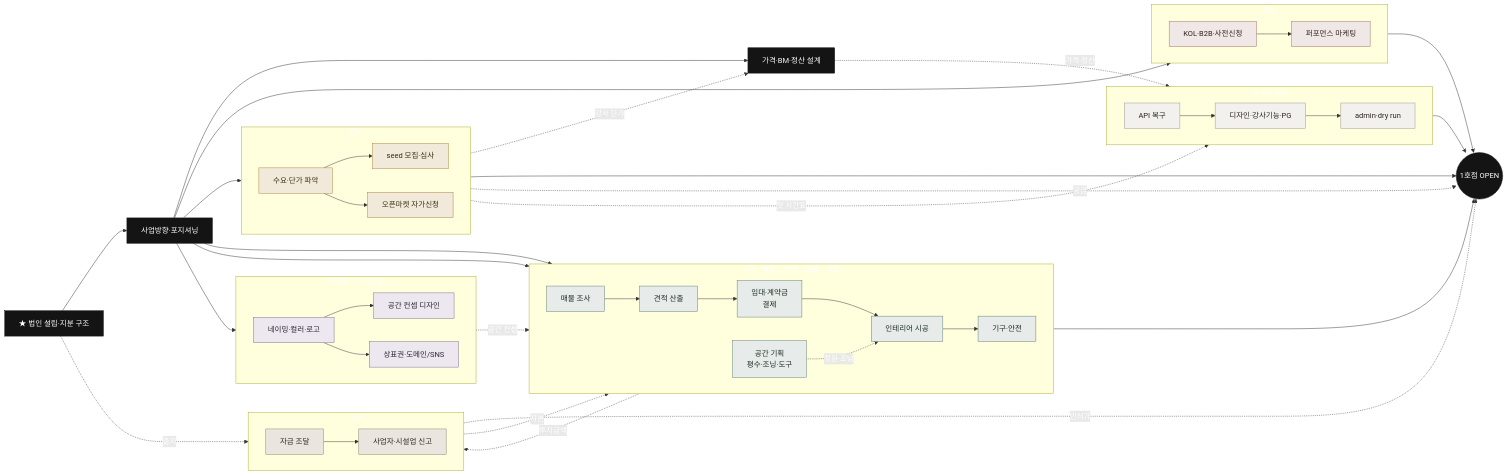
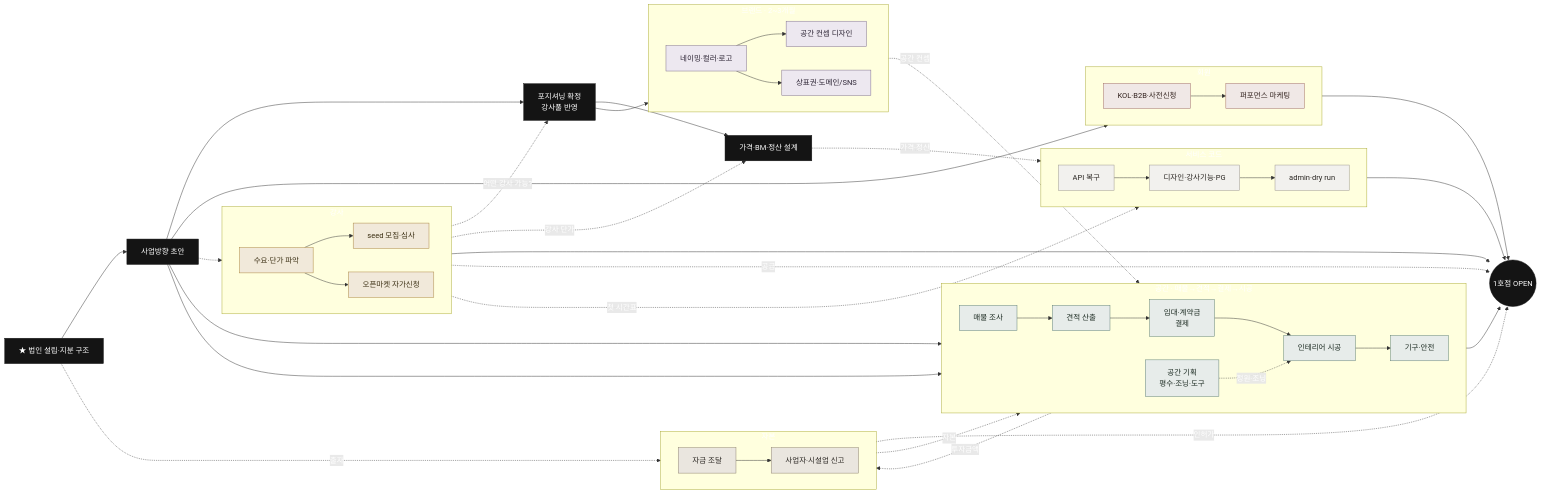
One commit to Young-000/pt-platform-docs changed the second of 2 diagrams in operations/tech-tree.md. Above: the diagram before and after it, drawn with Mermaid. The commit also changed other lines of this file, not shown here.

Commit message:
docs(tech-tree): 강사 가용성·유형 파악 → 포지셔닝 확정 의존성 반영 (강사풀이 컨셉·가격 좌우)

````diff
--- a/operations/tech-tree.md
+++ b/operations/tech-tree.md
@@ -71,69 +72,72 @@
 ```mermaid
 flowchart LR
   classDef root fill:#141414,stroke:#141414,color:#fff;
   classDef br fill:#EDE8F0,stroke:#7c6c8a,color:#2b2333;
   classDef sp fill:#E7ECEA,stroke:#5d7d72,color:#1c2b22;
   classDef mt fill:#F1E9DA,stroke:#a9823c,color:#3a2e12;
   classDef us fill:#F0E8E6,stroke:#a06c62,color:#33231f;
   classDef sv fill:#F2F1EE,stroke:#9a958c,color:#2b2723;
   classDef cap fill:#EAE6DF,stroke:#8a7f6c,color:#2b2723;
   classDef goal fill:#141414,stroke:#141414,color:#fff;
 
   C0[★ 법인 설립·지분 구조]:::root
-  D0[사업방향·포지셔닝]:::root
+  D0[사업방향 초안]:::root
+  POS[포지셔닝 확정<br/>강사풀 반영]:::root
   D1[가격·BM·정산 설계]:::root
 
   subgraph BR[브랜드 · 2~3개월]
     direction LR
     B1[네이밍·컬러·로고]:::br --> B2[공간 컨셉 디자인]:::br
     B1 --> B3[상표권·도메인/SNS]:::br
   end
   subgraph SPC[공간 · 매물→견적→결제→시공]
     direction LR
     G1[공간 기획<br/>평수·조닝·도구]:::sp
     R1[매물 조사]:::sp --> R2[견적 산출]:::sp --> S1[임대·계약금<br/>결제]:::sp --> S2[인테리어 시공]:::sp --> S3[기구·안전]:::sp
   end
   subgraph MTR[강사]
     direction LR
     M1[수요·단가 파악]:::mt --> M2[seed 모집·심사]:::mt
     M1 --> M4[오픈마켓 자가신청]:::mt
   end
   subgraph CAP[자본]
     direction LR
     A1[자금 조달]:::cap --> A2[사업자·시설업 신고]:::cap
   end
   subgraph USR[회원]
     direction LR
     U1[KOL·B2B·사전신청]:::us --> U2[퍼포먼스 마케팅]:::us
   end
   subgraph SVC[서비스 코드]
     direction LR
     P1[API 복구]:::sv --> P2[디자인·강사기능·PG]:::sv --> P3[admin·dry run]:::sv
   end
 
   OPEN((1호점 OPEN)):::goal
 
-  %% ★법인 최우선 → 방향 → 가격·BM
-  C0 --> D0 --> D1
+  %% ★법인 → 방향 초안 → (강사풀 파악) → 포지셔닝 → 가격·BM
+  C0 --> D0
   C0 -.->|출자| A1
-  D0 --> M1
+  D0 -.-> M1
+  M1 -.->|어떤 강사 가능?| POS
+  D0 --> POS --> D1
+  M1 -.->|강사 단가| D1
+  POS --> B1
   D0 --> G1
-  D0 --> B1
   D0 --> R1
   D0 --> U1
-  M1 -.->|강사 단가| D1
   %% 교차
   D1 -.->|가격·정산| P2
   B2 -.->|공간 컨셉| S2
   G1 -.->|정원·조닝| S2
   R2 -.->|투자금액| A1
   A1 -.->|자본| S1
   M2 -.->|첫 시간표| P3
   %% 수렴
   S3 --> OPEN
   M2 --> OPEN
   M4 -.->|공급| OPEN
   U2 --> OPEN
   P3 --> OPEN
   A2 -.->|인허가| OPEN
 ```
````
